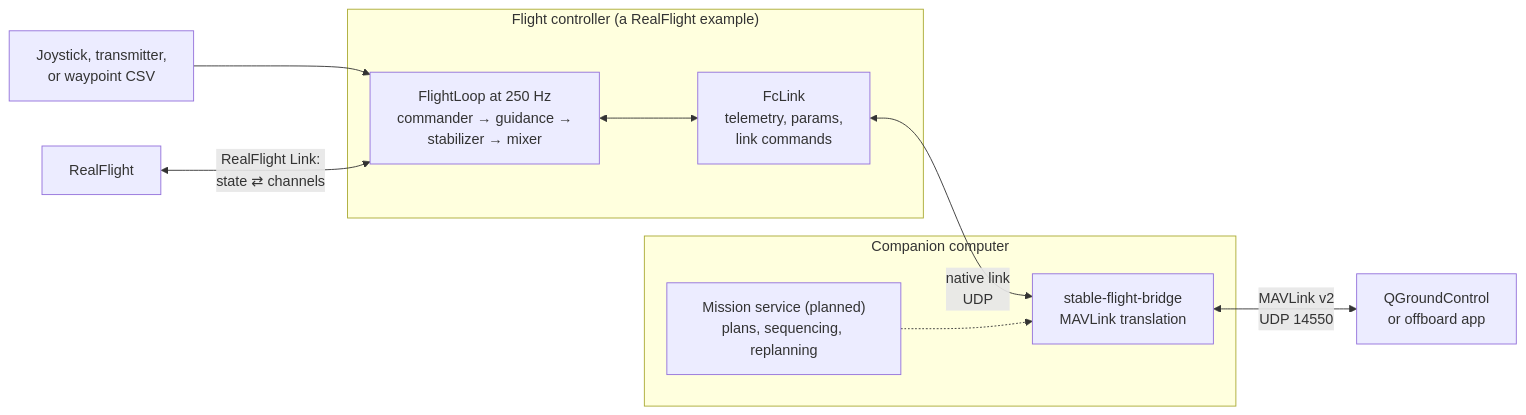
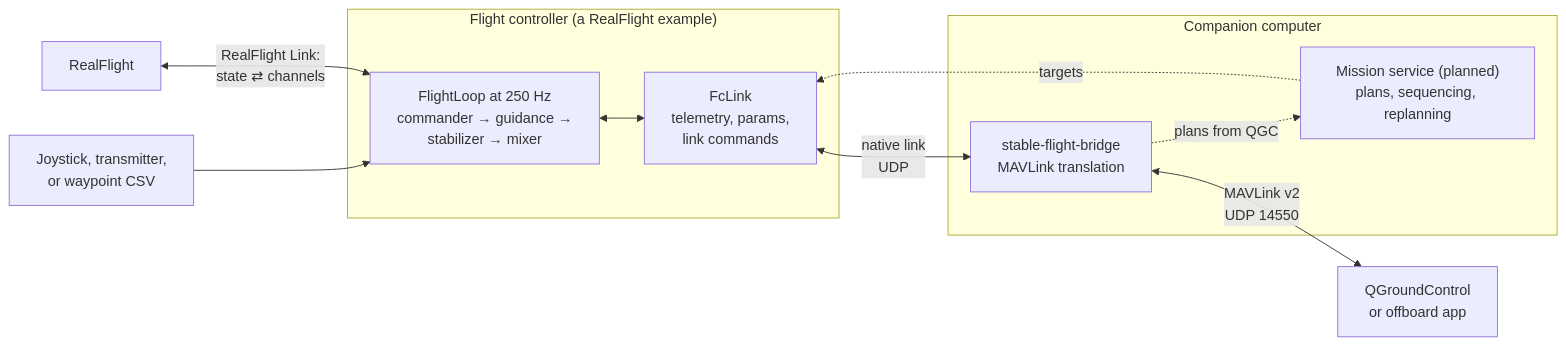
One commit to wboayue/stable-flight changed the diagram in README.md. Above: the diagram before and after it, drawn with Mermaid. The commit also changed other lines of this file and 1 other file, not shown here.

Commit message:
Clarity review: planned items marked in place, mission rationale states its premise, mission service streams over the link (#350)

````diff
--- a/README.md
+++ b/README.md
@@ -19,17 +19,18 @@
 ```mermaid
 flowchart LR
     pilot["Joystick, transmitter,<br/>or waypoint CSV"] --> loop
     rf["RealFlight"] <-->|"RealFlight Link:<br/>state ⇄ channels"| loop
     subgraph fc ["Flight controller (a RealFlight example)"]
         loop["FlightLoop at 250 Hz<br/>commander → guidance →<br/>stabilizer → mixer"]
         fclink["FcLink<br/>telemetry, params,<br/>link commands"]
         loop <--> fclink
     end
     subgraph companion ["Companion computer"]
         bridge["stable-flight-bridge<br/>MAVLink translation"]
         mission["Mission service (planned)<br/>plans, sequencing, replanning"]
     end
     fclink <-->|"native link<br/>UDP"| bridge
-    mission -.-> bridge
+    mission -.->|"targets"| fclink
+    bridge -.->|"plans from QGC"| mission
     bridge <-->|"MAVLink v2<br/>UDP 14550"| gcs["QGroundControl<br/>or offboard app"]
 ```
````
